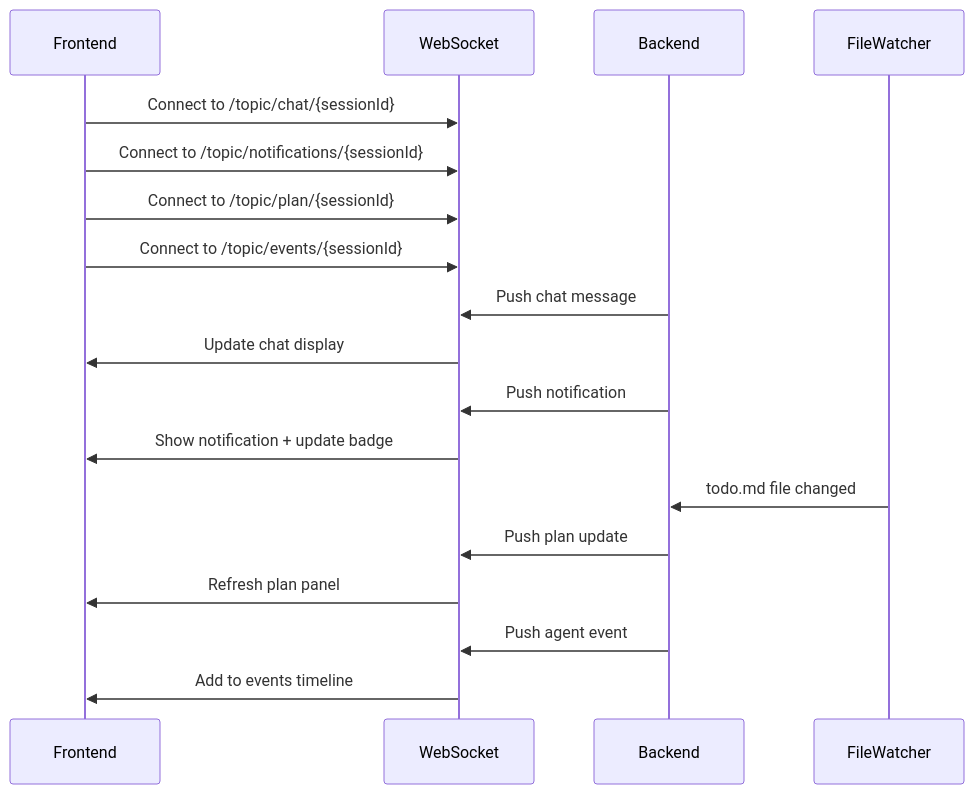
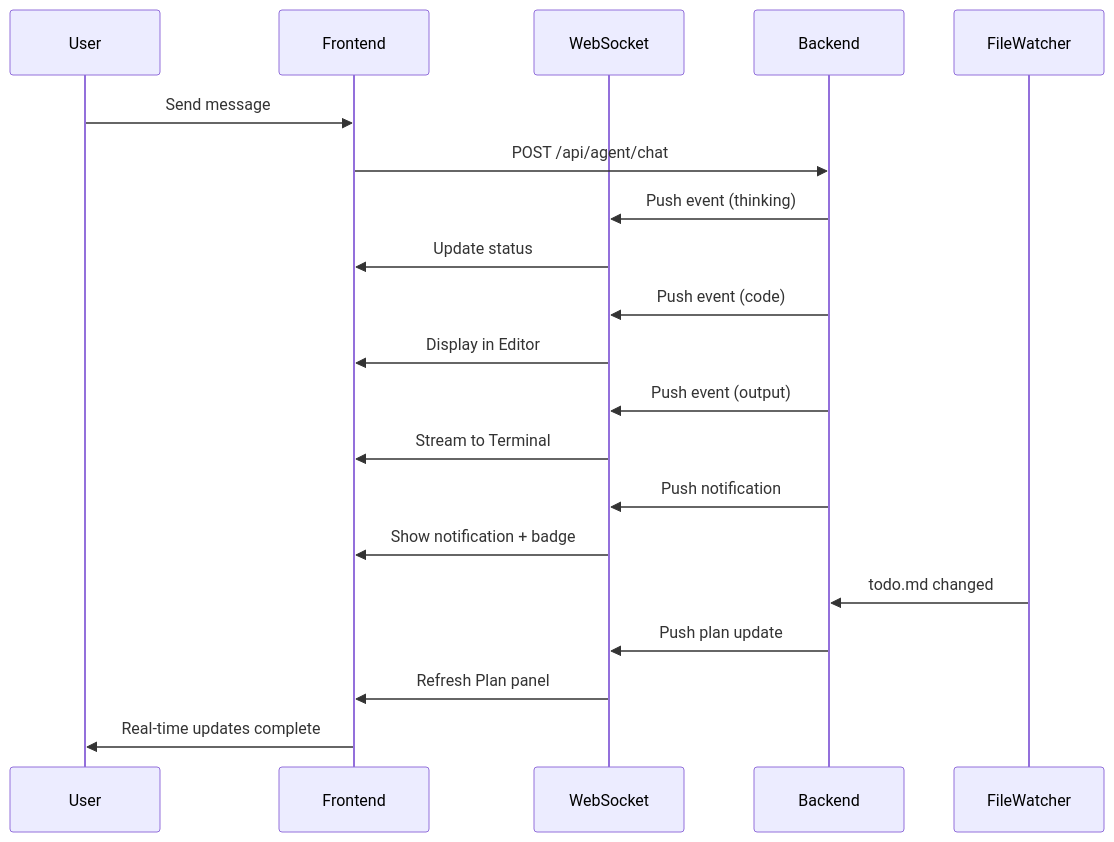
One commit to maheshyaddanapudi/MY-Manus changed the second of 3 diagrams in docs/architecture/FRONTEND_ARCHITECTURE.md. Above: the diagram before and after it, drawn with Mermaid. The commit also changed other lines of this file and 6 other files, not shown here.

````diff
--- a/docs/architecture/FRONTEND_ARCHITECTURE.md
+++ b/docs/architecture/FRONTEND_ARCHITECTURE.md
@@ -261,25 +128,29 @@
 ```mermaid
 sequenceDiagram
+    participant User
     participant Frontend
     participant WebSocket
     participant Backend
     participant FileWatcher
 
-    Frontend->>WebSocket: Connect to /topic/chat/{sessionId}
-    Frontend->>WebSocket: Connect to /topic/notifications/{sessionId}
-    Frontend->>WebSocket: Connect to /topic/plan/{sessionId}
-    Frontend->>WebSocket: Connect to /topic/events/{sessionId}
+    User->>Frontend: Send message
+    Frontend->>Backend: POST /api/agent/chat
 
-    Backend->>WebSocket: Push chat message
-    WebSocket->>Frontend: Update chat display
+    Backend->>WebSocket: Push event (thinking)
+    WebSocket->>Frontend: Update status
+
+    Backend->>WebSocket: Push event (code)
+    WebSocket->>Frontend: Display in Editor
+
+    Backend->>WebSocket: Push event (output)
+    WebSocket->>Frontend: Stream to Terminal
 
     Backend->>WebSocket: Push notification
-    WebSocket->>Frontend: Show notification + update badge
+    WebSocket->>Frontend: Show notification + badge
 
-    FileWatcher->>Backend: todo.md file changed
+    FileWatcher->>Backend: todo.md changed
     Backend->>WebSocket: Push plan update
-    WebSocket->>Frontend: Refresh plan panel
+    WebSocket->>Frontend: Refresh Plan panel
 
-    Backend->>WebSocket: Push agent event
-    WebSocket->>Frontend: Add to events timeline
+    Frontend->>User: Real-time updates complete
 ```
````
